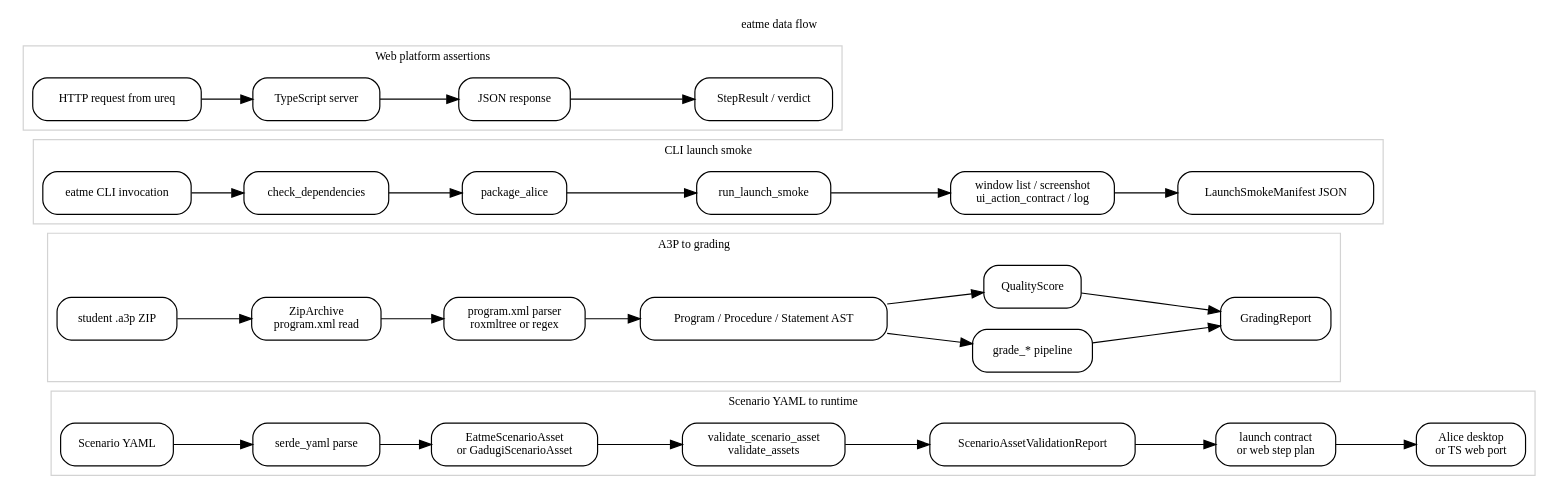
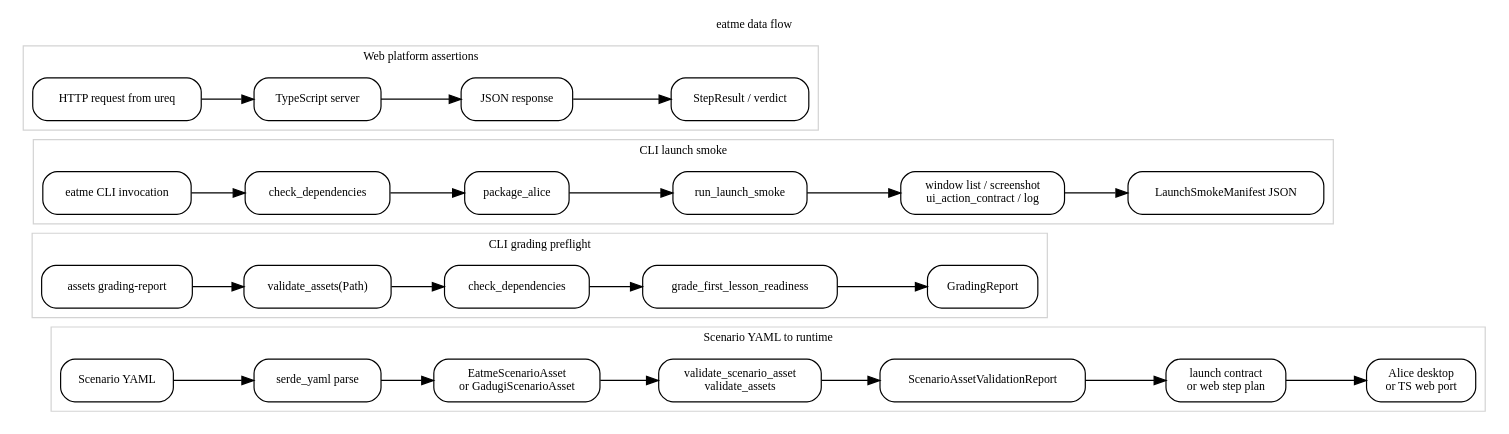
Before and after one commit to rysweet/eatme: the diagram in docs/atlas/data-flow/data-flow.dot, drawn with Graphviz. The commit also changed 18 other files, not shown here.

```diff
--- a/docs/atlas/data-flow/data-flow.dot
+++ b/docs/atlas/data-flow/data-flow.dot
@@ -1,60 +1,55 @@
 digraph data_flow {
     graph [rankdir=LR, fontsize=10, labelloc=t, label="eatme data flow"];
     node [shape=box, style=rounded, fontsize=10];
 
     subgraph cluster_scenario {
         label="Scenario YAML to runtime";
         color=lightgrey;
         yaml [label="Scenario YAML"];
         yaml_parse [label="serde_yaml parse"];
         schema [label="EatmeScenarioAsset
 or GadugiScenarioAsset"];
         validate [label="validate_scenario_asset
 validate_assets"];
         validation_report [label="ScenarioAssetValidationReport"];
         launch_contract [label="launch contract
 or web step plan"];
         alice_runtime [label="Alice desktop
 or TS web port"];
         yaml -> yaml_parse -> schema -> validate -> validation_report -> launch_contract -> alice_runtime;
     }
 
-    subgraph cluster_a3p {
-        label="A3P to grading";
+    subgraph cluster_grading {
+        label="CLI grading preflight";
         color=lightgrey;
-        a3p_file [label="student .a3p ZIP"];
-        zip_read [label="ZipArchive
-program.xml read"];
-        xml_parse [label="program.xml parser
-roxmltree or regex"];
-        ast [label="Program / Procedure / Statement AST"];
-        grade [label="grade_* pipeline"];
-        quality [label="QualityScore"];
+        grading_cli [label="assets grading-report"];
+        validate_assets [label="validate_assets(Path)"];
+        depcheck [label="check_dependencies"];
+        grade [label="grade_first_lesson_readiness"];
         grading_report [label="GradingReport"];
-        a3p_file -> zip_read -> xml_parse -> ast -> grade -> grading_report;
-        ast -> quality -> grading_report;
+        grading_cli -> validate_assets -> depcheck -> grade -> grading_report;
     }
 
     subgraph cluster_cli {
         label="CLI launch smoke";
         color=lightgrey;
         invoke [label="eatme CLI invocation"];
-        depcheck [label="check_dependencies"];
+        depcheck_launch [label="check_dependencies"];
         build [label="package_alice"];
         launch_smoke [label="run_launch_smoke"];
         evidence [label="window list / screenshot
 ui_action_contract / log"];
         manifest [label="LaunchSmokeManifest JSON"];
-        invoke -> depcheck -> build -> launch_smoke -> evidence -> manifest;
+        invoke -> depcheck_launch -> build -> launch_smoke -> evidence -> manifest;
     }
 
     subgraph cluster_web {
         label="Web platform assertions";
         color=lightgrey;
         request [label="HTTP request from ureq"];
         ts_server [label="TypeScript server"];
         response [label="JSON response"];
         assert [label="StepResult / verdict"];
         request -> ts_server -> response -> assert;
     }
 }
```
